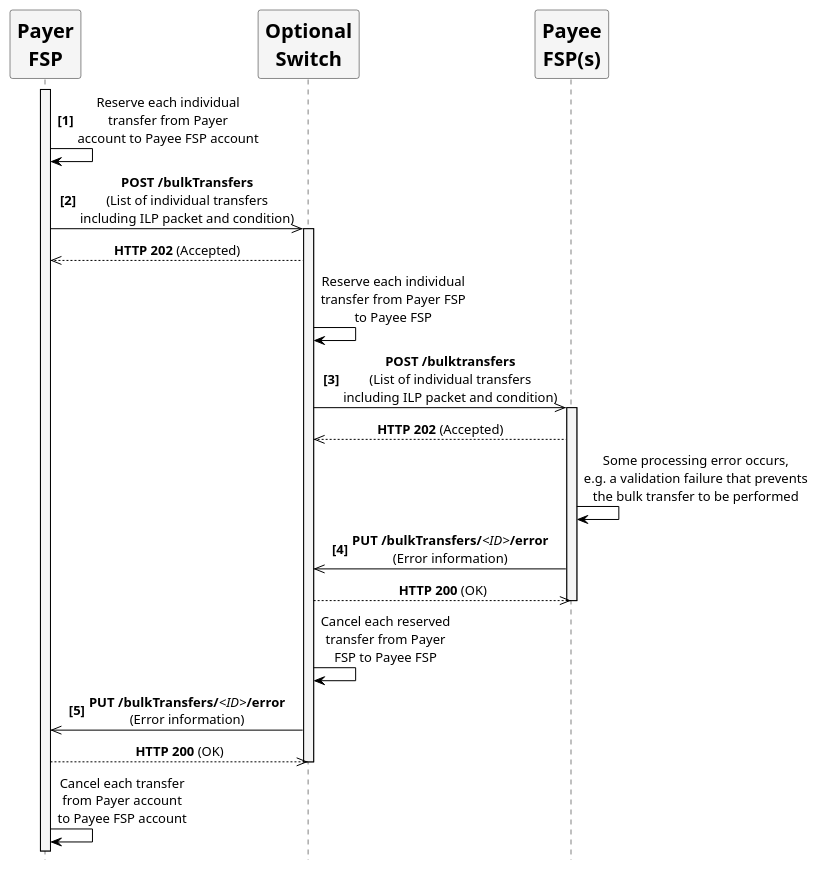
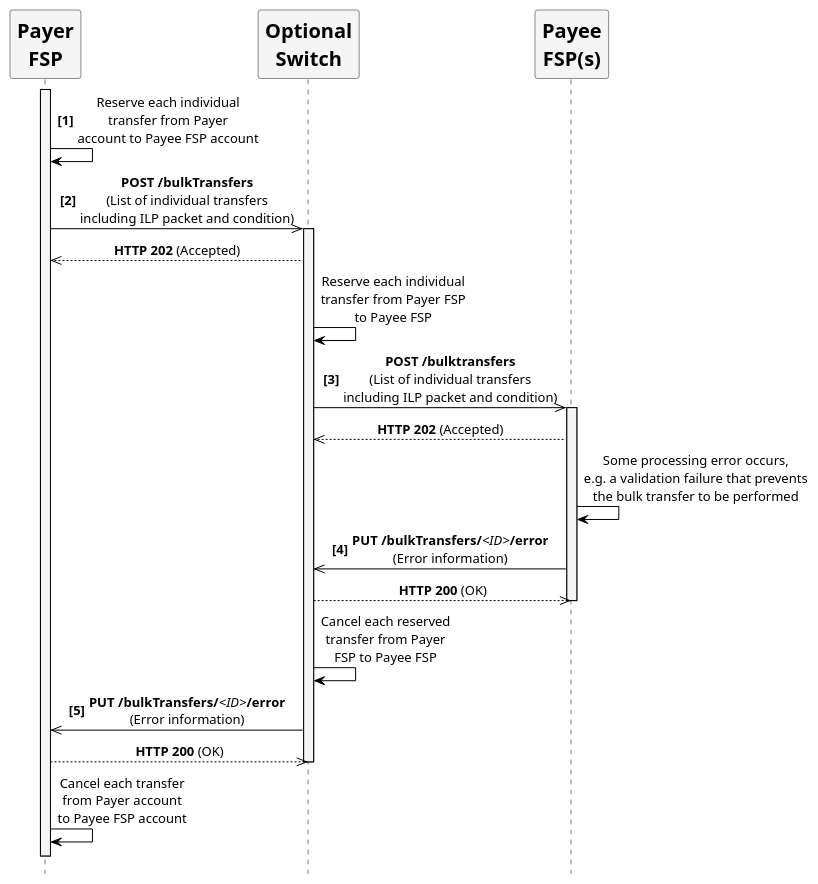
The diagram in assets/diagrams/sequence/figure69.plantuml (mojaloop/mojaloop-specification), drawn with PlantUML before and after one commit. The commit also changed 23 other files, not shown here.

```diff
--- a/assets/diagrams/sequence/figure69.plantuml
+++ b/assets/diagrams/sequence/figure69.plantuml
@@ -25,57 +25,58 @@
 @startuml
 
 ' declaring skinparam
 skinparam sequenceMessageAlign center
 skinparam shadowing false
 skinparam defaultFontName Verdana
 skinparam monochrome true
 skinparam SequenceLifeLineBackgroundColor WhiteSmoke
 skinparam SequenceLifeLineBorderColor Black
 skinparam ParticipantFontStyle Bold
 skinparam ParticipantFontSize 20
 skinparam ParticipantBackgroundColor WhiteSmoke
 skinparam ArrowColor Black
 
 hide footbox
 
 ' declare title
 ' title Handling of error callback from API Service /bulkTransfers
 
 ' Actor Keys:
 ' participant - FSP(Payer/Payee) and Switch
 
 
 ' declare actors
 participant "Payer\nFSP" as PayerFSP
 participant "Optional\nSwitch" as Switch
 participant "Payee\nFSP(s)" as PayeeFSP
 
 ' start flow
 autonumber 1 1 "<b>[0]"
 activate PayerFSP
 PayerFSP -> PayerFSP: Reserve each individual\ntransfer from Payer\naccount to Payee FSP account
 PayerFSP ->> Switch: **POST /bulkTransfers**\n(List of individual transfers\nincluding ILP packet and condition)
 activate Switch
 autonumber stop
 PayerFSP <<-- Switch: **HTTP 202** (Accepted)
 Switch -> Switch: Reserve each individual\ntransfer from Payer FSP\nto Payee FSP
 autonumber resume
 Switch ->> PayeeFSP: **POST /bulktransfers**\n(List of individual transfers\nincluding ILP packet and condition)
 activate PayeeFSP
 autonumber stop
 Switch <<-- PayeeFSP: **HTTP 202** (Accepted)
 PayeeFSP -> PayeeFSP: Some processing error occurs,\ne.g. a validation failure that prevents\nthe bulk transfer to be performed
 autonumber resume
 Switch <<- PayeeFSP: **PUT /bulkTransfers/**<i><ID></i>**/error**\n(Error information)
 autonumber stop
 Switch -->> PayeeFSP: **HTTP 200** (OK)
 deactivate PayeeFSP
 Switch -> Switch: Cancel each reserved\ntransfer from Payer\nFSP to Payee FSP
 autonumber resume
 PayerFSP <<- Switch: **PUT /bulkTransfers/**<i><ID></i>**/error**\n(Error information)
 autonumber stop
 PayerFSP -->> Switch: **HTTP 200** (OK)
 deactivate Switch
 PayerFSP -> PayerFSP: Cancel each transfer\nfrom Payer account\nto Payee FSP account
-'deactivate PayerFSP
+PayerFSP -[hidden]> Switch
+deactivate PayerFSP
 @enduml
```
